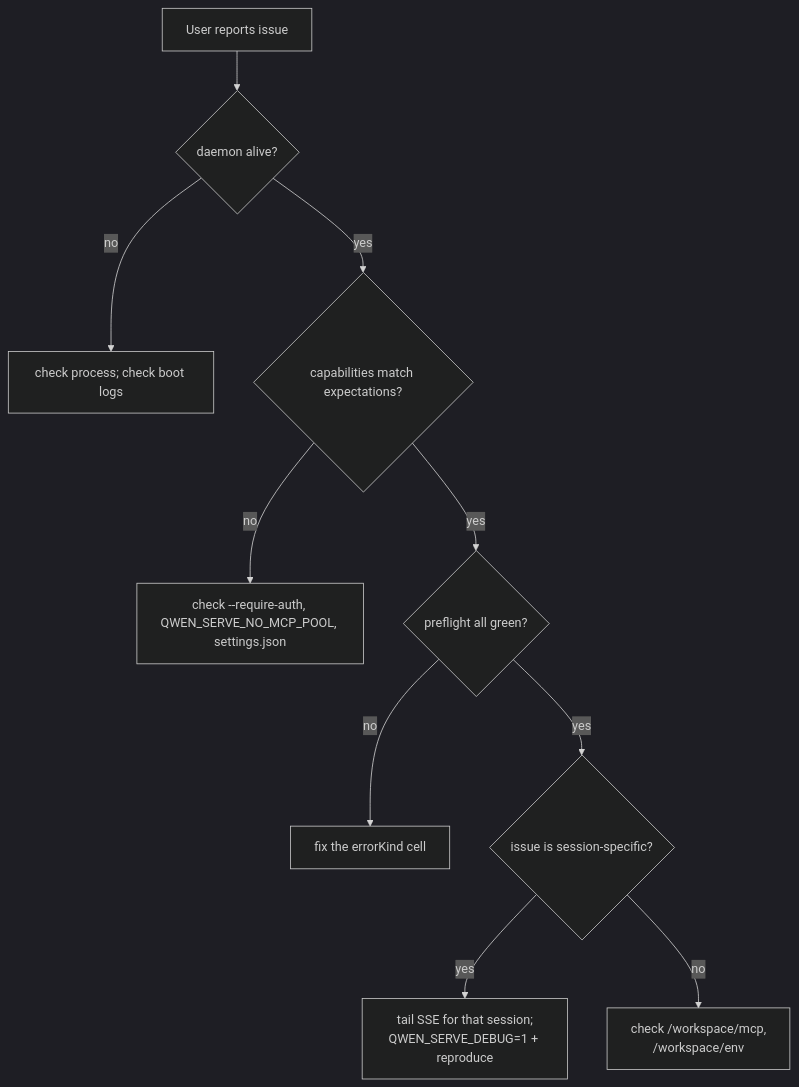
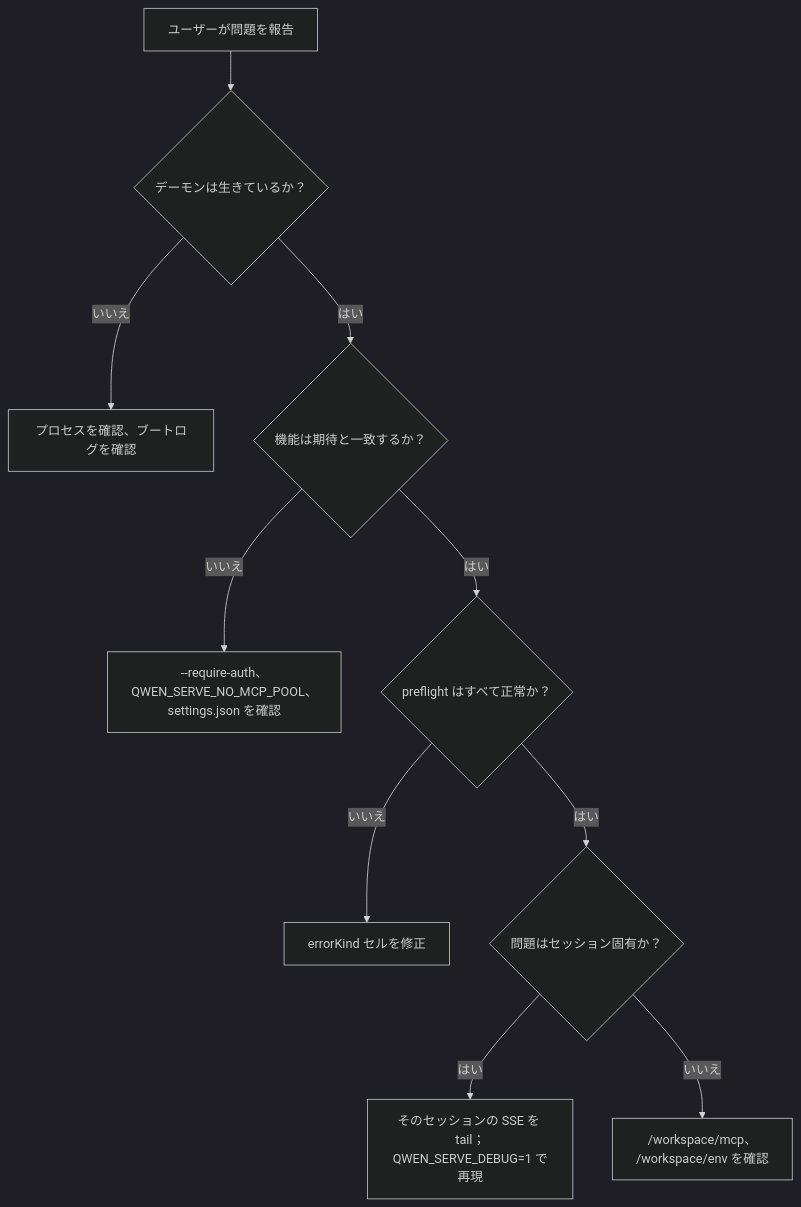
The diagram in website/content/ja/developers/daemon/19-observability.md (QwenLM/qwen-code-docs), drawn with Mermaid (dark theme) before and after one commit. The commit also changed other lines of this file and 1077 other files, not shown here.

````diff
--- a/website/content/ja/developers/daemon/19-observability.md
+++ b/website/content/ja/developers/daemon/19-observability.md
@@ -98,12 +98,12 @@
 ```mermaid
 flowchart TD
-    A[User reports issue] --> B{daemon alive?}
-    B -->|no| BD[check process; check boot logs]
-    B -->|yes| C{capabilities match expectations?}
-    C -->|no| CD["check --require-auth, QWEN_SERVE_NO_MCP_POOL, settings.json"]
-    C -->|yes| D{preflight all green?}
-    D -->|no| DD["fix the errorKind cell"]
-    D -->|yes| E{issue is session-specific?}
-    E -->|yes| ES["tail SSE for that session;<br/>QWEN_SERVE_DEBUG=1 + reproduce"]
-    E -->|no| EW["check /workspace/mcp,<br/>/workspace/env"]
+    A[ユーザーが問題を報告] --> B{デーモンは生きているか？}
+    B -->|いいえ| BD[プロセスを確認、ブートログを確認]
+    B -->|はい| C{機能は期待と一致するか？}
+    C -->|いいえ| CD["--require-auth、QWEN_SERVE_NO_MCP_POOL、settings.json を確認"]
+    C -->|はい| D{preflight はすべて正常か？}
+    D -->|いいえ| DD["errorKind セルを修正"]
+    D -->|はい| E{問題はセッション固有か？}
+    E -->|はい| ES["そのセッションの SSE を tail；<br/>QWEN_SERVE_DEBUG=1 で再現"]
+    E -->|いいえ| EW["/workspace/mcp、<br/>/workspace/env を確認"]
 ```
````
